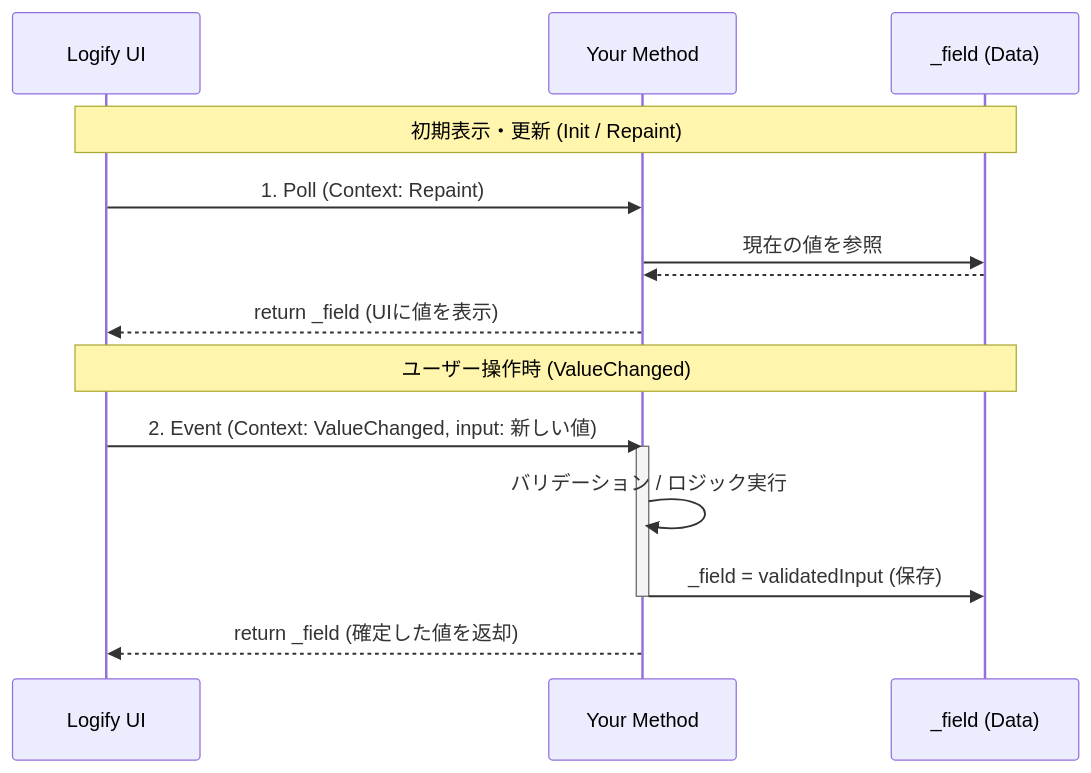
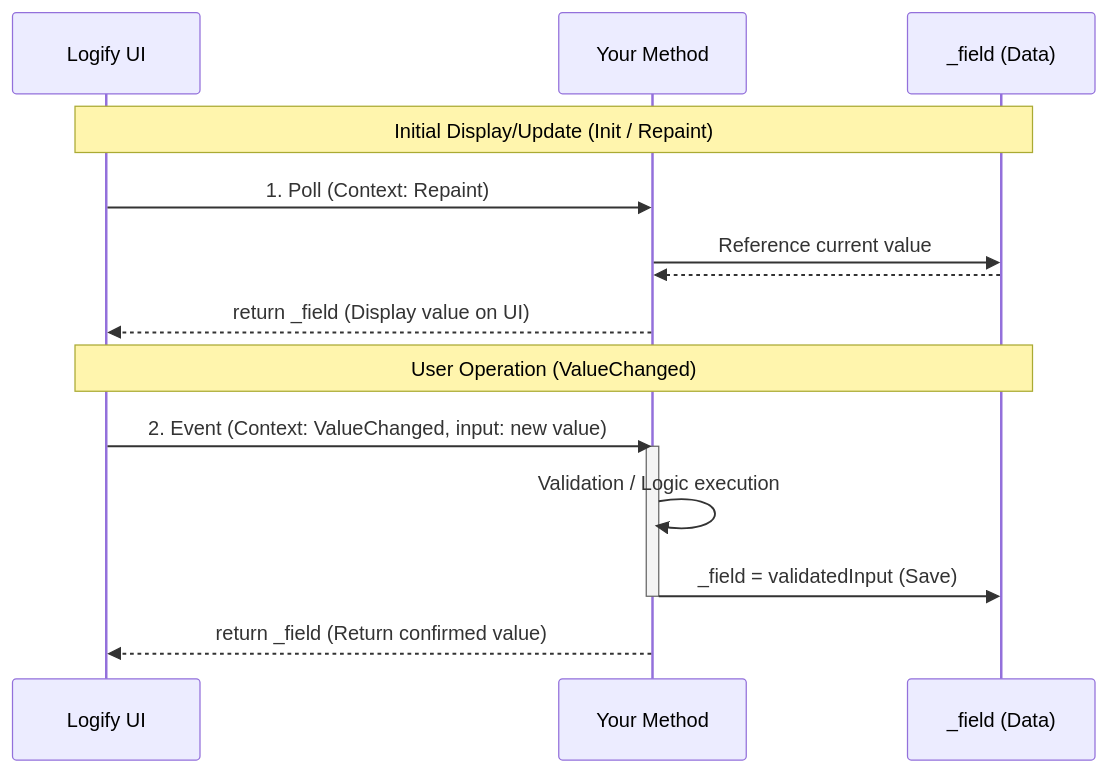
Before and after one commit to IShix-g/Logify-Unity-Docs: the diagram in website/docs/custom/advanced/context-driven.md, drawn with Mermaid. The commit also changed other lines of this file and 122 other files, not shown here.

````diff
--- a/website/docs/custom/advanced/context-driven.md
+++ b/website/docs/custom/advanced/context-driven.md
@@ -46,20 +46,20 @@
 ```mermaid
 sequenceDiagram
     participant UI as Logify UI
     participant Method as Your Method
     participant Data as _field (Data)
 
-    Note over UI, Data: 初期表示・更新 (Init / Repaint)
+    Note over UI, Data: Initial Display/Update (Init / Repaint)
     UI->>Method: 1. Poll (Context: Repaint)
-    Method->>Data: 現在の値を参照
-Data-->>Method: 
-    Method-->>UI: return _field (UIに値を表示)
+    Method->>Data: Reference current value
+Data-->>Method:
+    Method-->>UI: return _field (Display value on UI)
 
-Note over UI, Data: ユーザー操作時 (ValueChanged)
-UI->>Method: 2. Event (Context: ValueChanged, input: 新しい値)
+Note over UI, Data: User Operation (ValueChanged)
+UI->>Method: 2. Event (Context: ValueChanged, input: new value)
 activate Method
-Method->>Method: バリデーション / ロジック実行
-Method->>Data: _field = validatedInput (保存)
+Method->>Method: Validation / Logic execution
+Method->>Data: _field = validatedInput (Save)
 deactivate Method
-Method-->>UI: return _field (確定した値を返却)
+Method-->>UI: return _field (Return confirmed value)
 ```
````
